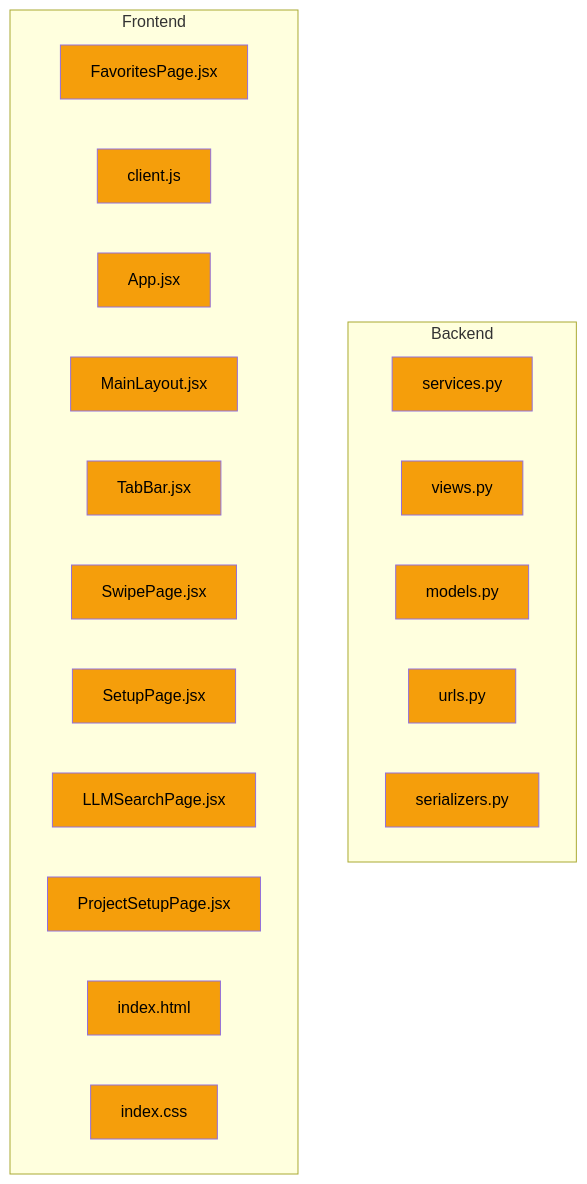
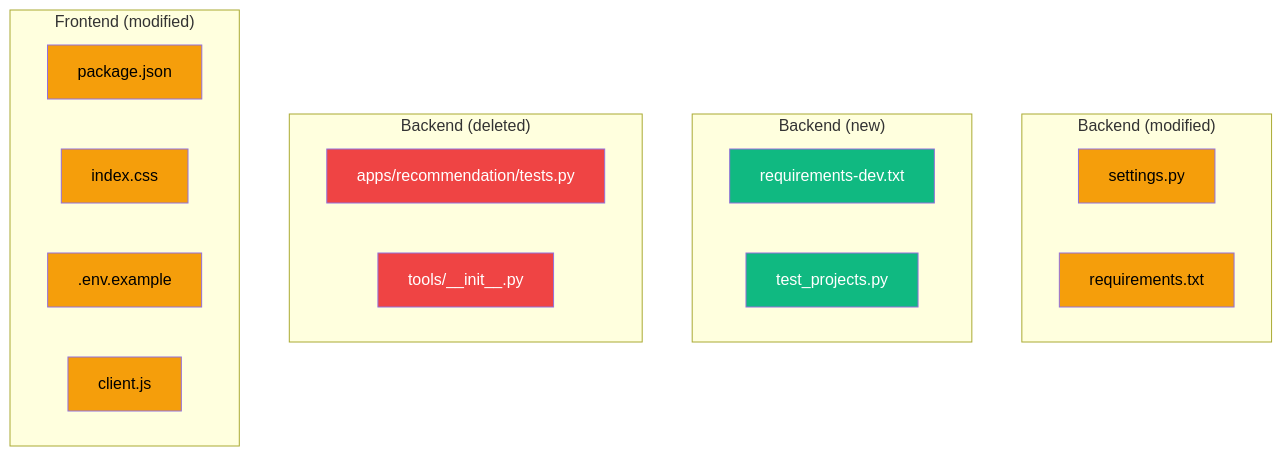
One commit to hongikarchi/archi-tinder changed the fourth of 4 diagrams in .claude/Report.md. Above: the diagram before and after it, drawn with Mermaid. The commit also changed other lines of this file and 13 other files, not shown here.

````diff
--- a/.claude/Report.md
+++ b/.claude/Report.md
@@ -152,27 +163,25 @@
 ```mermaid
 graph TD
-    subgraph Backend
-        services.py:::modified
-        views.py:::modified
-        models.py:::modified
-        urls.py:::modified
-        serializers.py:::modified
+    subgraph "Backend (modified)"
+        settings.py:::modified
+        requirements.txt:::modified
     end
-    subgraph Frontend
-        FavoritesPage.jsx:::modified
+    subgraph "Backend (new)"
+        requirements-dev.txt:::new
+        test_projects.py:::new
+    end
+    subgraph "Backend (deleted)"
+        recommendation_tests.py["apps/recommendation/tests.py"]:::deleted
+        tools_init.py["tools/__init__.py"]:::deleted
+    end
+    subgraph "Frontend (modified)"
+        package.json:::modified
+        index.css:::modified
+        env.example[".env.example"]:::modified
         client.js:::modified
-        App.jsx:::modified
-        MainLayout.jsx:::modified
-        TabBar.jsx:::modified
-        SwipePage.jsx:::modified
-        SetupPage.jsx:::modified
-        LLMSearchPage.jsx:::modified
-        ProjectSetupPage.jsx:::modified
-        index.html:::modified
-        index.css:::modified
     end
 
     classDef new fill:#10b981,color:#fff
     classDef modified fill:#f59e0b,color:#000
     classDef deleted fill:#ef4444,color:#fff
 ```
````
